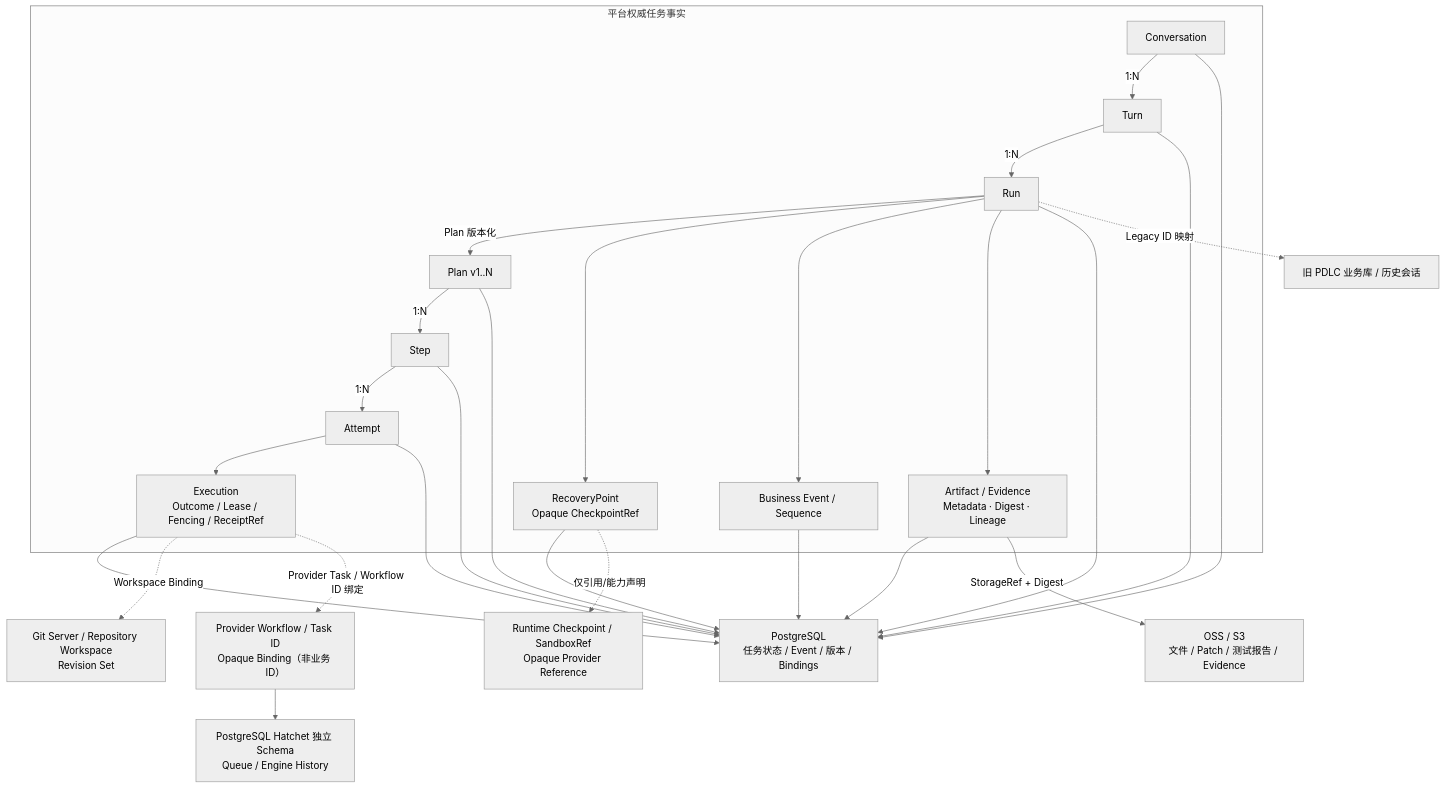
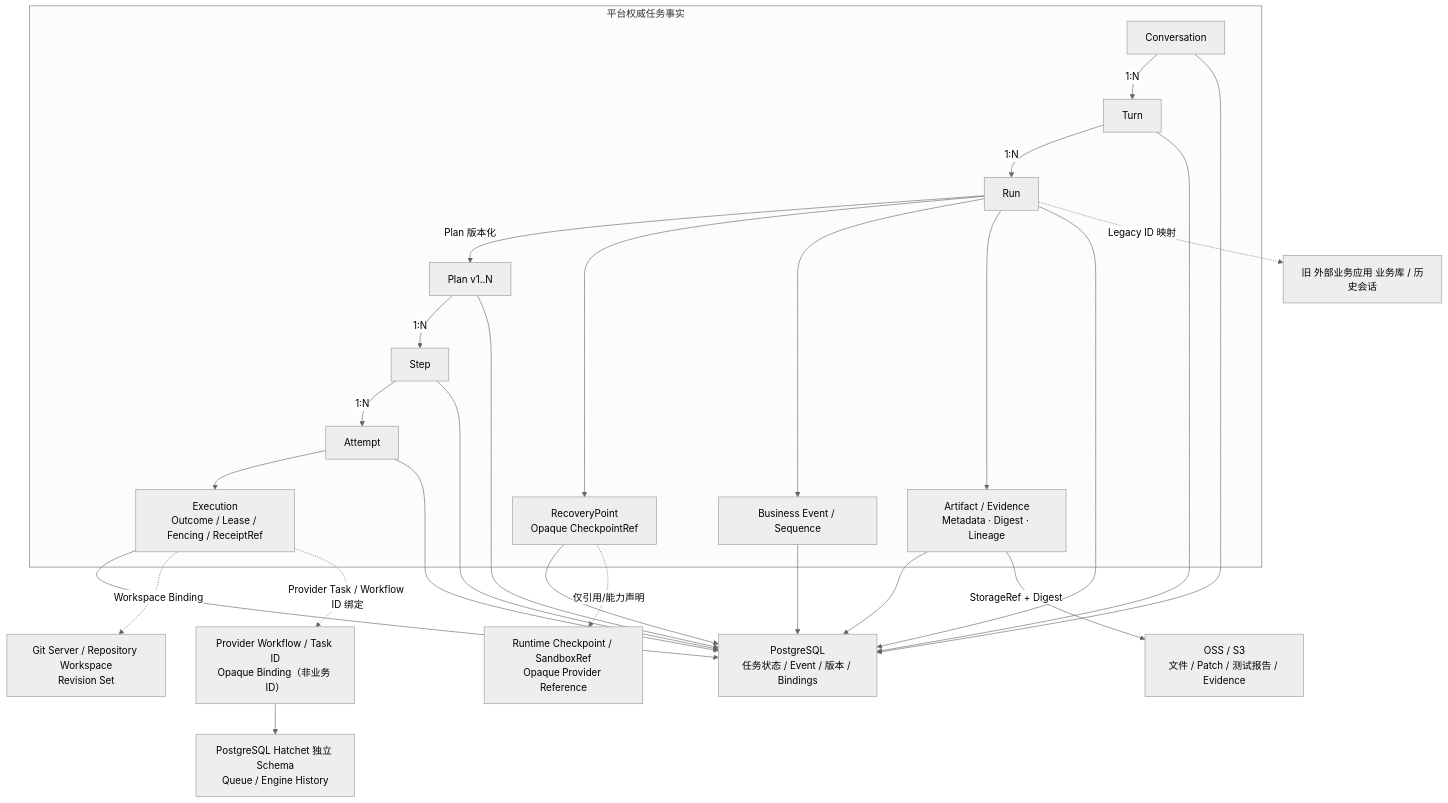
The seventh of 11 diagrams in README.md (Bulls1986/Agent-Harness-Platform), drawn with Mermaid (neutral theme) before and after one commit. The commit also changed other lines of this file and 50 other files, not shown here.

````diff
--- a/README.md
+++ b/README.md
@@ -363,28 +363,28 @@
 ```mermaid
 flowchart TB
   subgraph DOMAIN["平台权威任务事实"]
     C["Conversation"] -->|"1:N"| T["Turn"]
     T -->|"1:N"| R["Run"]
     R -->|"Plan 版本化"| P["Plan v1..N"]
     P -->|"1:N"| S["Step"]
     S -->|"1:N"| A["Attempt"]
     A --> E["Execution\nOutcome / Lease / Fencing / ReceiptRef"]
     R --> RP["RecoveryPoint\nOpaque CheckpointRef"]
     R --> EV["Business Event / Sequence"]
     R --> AR["Artifact / Evidence\nMetadata · Digest · Lineage"]
   end
   PG["PostgreSQL\n任务状态 / Event / 版本 / Bindings"]
   OSS["OSS / S3\n文件 / Patch / 测试报告 / Evidence"]
   GIT["Git Server / Repository Workspace\nRevision Set"]
-  EXT["旧 PDLC 业务库 / 历史会话"]
+  EXT["旧 外部业务应用 业务库 / 历史会话"]
   NATIVE["Runtime Checkpoint / SandboxRef\nOpaque Provider Reference"]
   HP["Provider Workflow / Task ID\nOpaque Binding（非业务 ID）"]
   HPG["PostgreSQL Hatchet 独立 Schema\nQueue / Engine History"]
   C & T & R & P & S & A & E & RP & EV & AR --> PG
   AR -->|"StorageRef + Digest"| OSS
   E -. "Workspace Binding" .-> GIT
   R -. "Legacy ID 映射" .-> EXT
   RP -. "仅引用/能力声明" .-> NATIVE
   E -. "Provider Task / Workflow ID 绑定" .-> HP
   HP --> HPG
 ```
````
